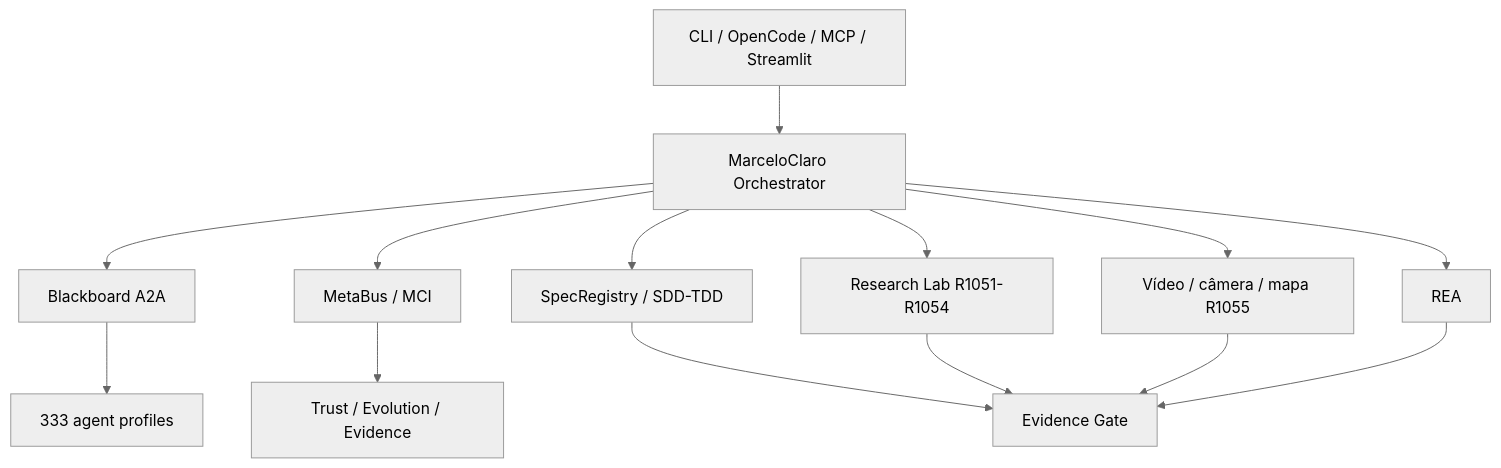
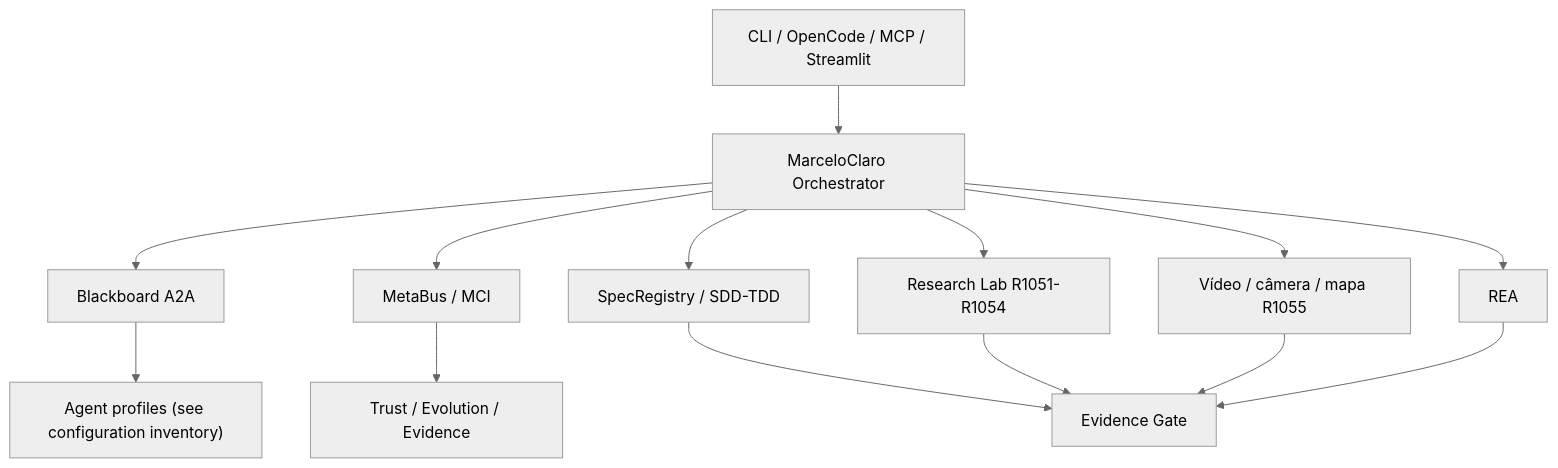
One commit to MarceloClaro/opencode-ecosystem-core changed the first of 29 diagrams in README.md. Above: the diagram before and after it, drawn with Mermaid (neutral theme). The commit also changed other lines of this file and 9 other files, not shown here.

````diff
--- a/README.md
+++ b/README.md
@@ -216,16 +263,16 @@
 ```mermaid
 flowchart TB
     U["CLI / OpenCode / MCP / Streamlit"] --> O["MarceloClaro Orchestrator"]
     O --> B["Blackboard A2A"]
     O --> M["MetaBus / MCI"]
     O --> S["SpecRegistry / SDD-TDD"]
     O --> R["Research Lab R1051-R1054"]
     O --> V["Vídeo / câmera / mapa R1055"]
     O --> E["REA"]
-    B --> A["333 agent profiles"]
+    B --> A["Agent profiles (see configuration inventory)"]
     M --> G["Trust / Evolution / Evidence"]
     S --> Gate["Evidence Gate"]
     R --> Gate
     V --> Gate
     E --> Gate
 ```
````
